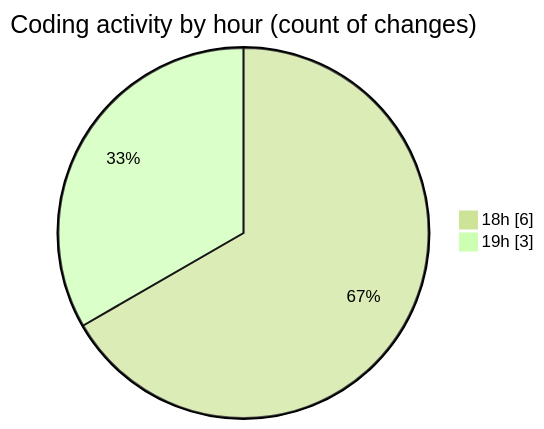
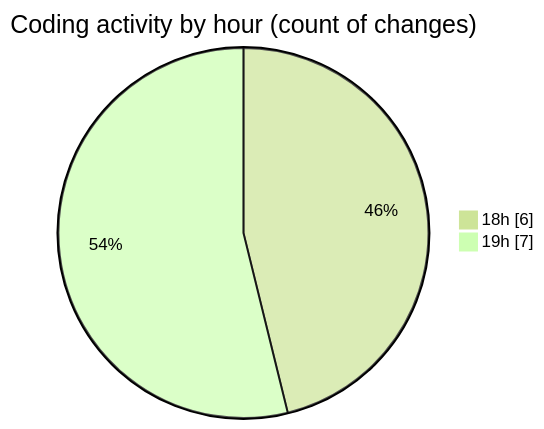
The second of 2 diagrams in 2025-12-13/technologie_web/README.md (hasnaa123/code-tracking), drawn with Mermaid (forest theme) before and after one commit. The commit also changed other lines of this file and 1 other file, not shown here.

````diff
--- a/2025-12-13/technologie_web/README.md
+++ b/2025-12-13/technologie_web/README.md
@@ -28,6 +28,6 @@
 ```mermaid
 pie showData
 title Coding activity by hour (count of changes)
 "18h" : 6
-"19h" : 3
+"19h" : 7
 ```
````
